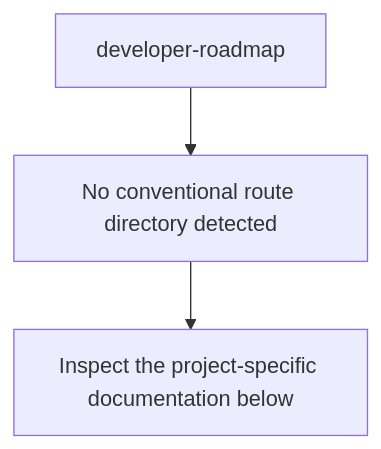
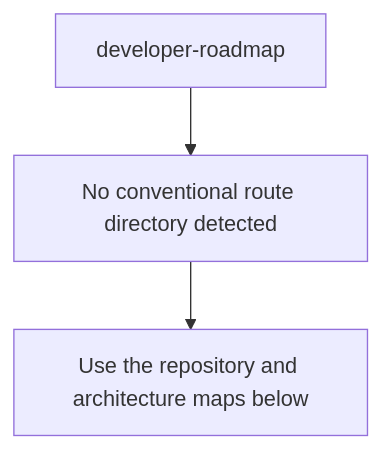
Before and after one commit to Nischhalsubba/developer-roadmap: the second of 5 diagrams in README.md, drawn with Mermaid. The commit also changed other lines of this file, not shown here.

````diff
--- a/README.md
+++ b/README.md
@@ -33,6 +64,6 @@
 ```mermaid
 flowchart TD
     APP["developer-roadmap"]
     APP --> SOURCE["No conventional route directory detected"]
-    SOURCE --> VERIFY["Inspect the project-specific documentation below"]
+    SOURCE --> GUIDE["Use the repository and architecture maps below"]
 ```
````
